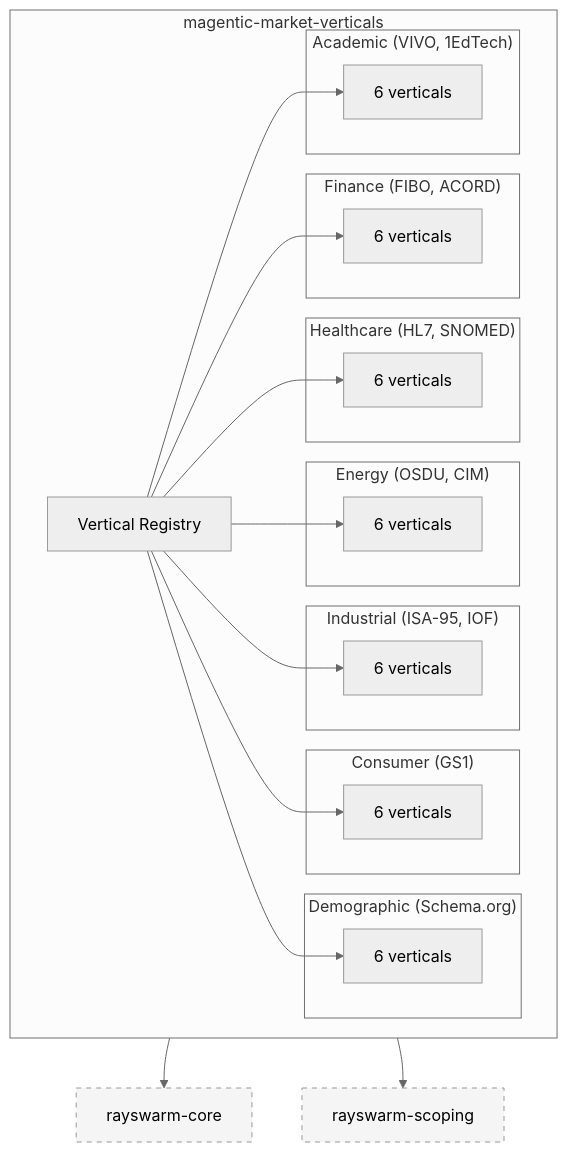
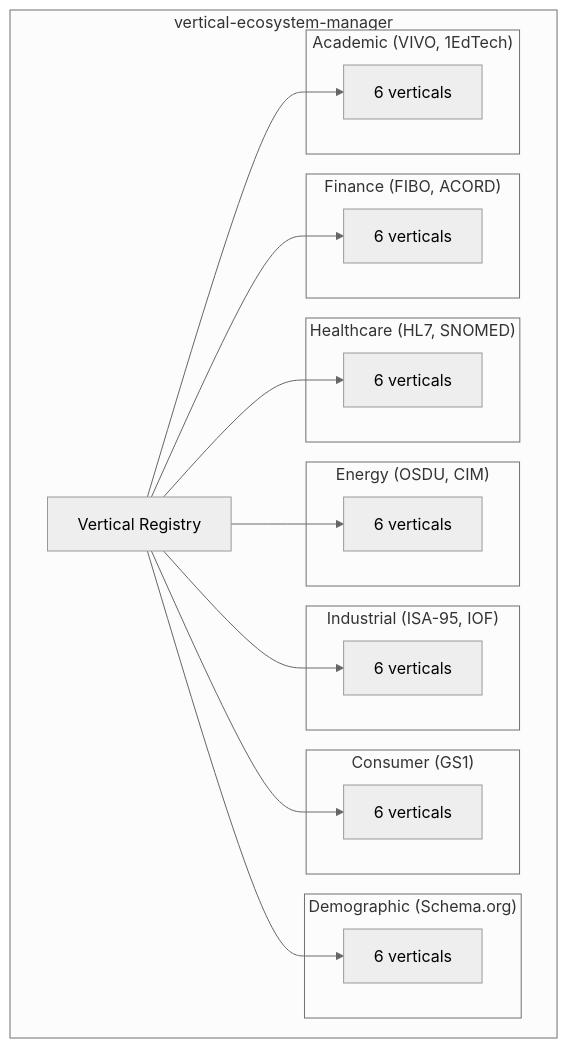
One commit to laquereric/engine-vertical-ecosystem-manager changed the diagram in architecture.mmd. Above: the diagram before and after it, drawn with Mermaid (neutral theme). The commit also changed 32 other files, not shown here.

First line of the commit message:
Rename gem from magentic-market-verticals to vertical-ecosystem-manager

```diff
--- a/architecture.mmd
+++ b/architecture.mmd
@@ -1,48 +1,43 @@
 graph TD
 
-  subgraph MagenticMarketVerticals["magentic-market-verticals"]
+  subgraph VerticalEcosystemManager["vertical-ecosystem-manager"]
     VerticalRegistry["Vertical Registry"]
 
     subgraph Finance["Finance (FIBO, ACORD)"]
       F1["6 verticals"]
     end
 
     subgraph Healthcare["Healthcare (HL7, SNOMED)"]
       H1["6 verticals"]
     end
 
     subgraph Energy["Energy (OSDU, CIM)"]
       E1["6 verticals"]
     end
 
     subgraph Industrial["Industrial (ISA-95, IOF)"]
       I1["6 verticals"]
     end
 
     subgraph Consumer["Consumer (GS1)"]
       C1["6 verticals"]
     end
 
     subgraph Demographic["Demographic (Schema.org)"]
       D1["6 verticals"]
     end
 
     subgraph Academic["Academic (VIVO, 1EdTech)"]
       A1["6 verticals"]
     end
   end
 
   VerticalRegistry --> F1
   VerticalRegistry --> H1
   VerticalRegistry --> E1
   VerticalRegistry --> I1
   VerticalRegistry --> C1
   VerticalRegistry --> D1
   VerticalRegistry --> A1
 
-  RayswarmCore["rayswarm-core"]:::dep
-  RayswarmScoping["rayswarm-scoping"]:::dep
-  MagenticMarketVerticals --> RayswarmCore
-  MagenticMarketVerticals --> RayswarmScoping
-
   classDef dep fill:#f5f5f5,stroke:#999,stroke-dasharray:5,5
```
